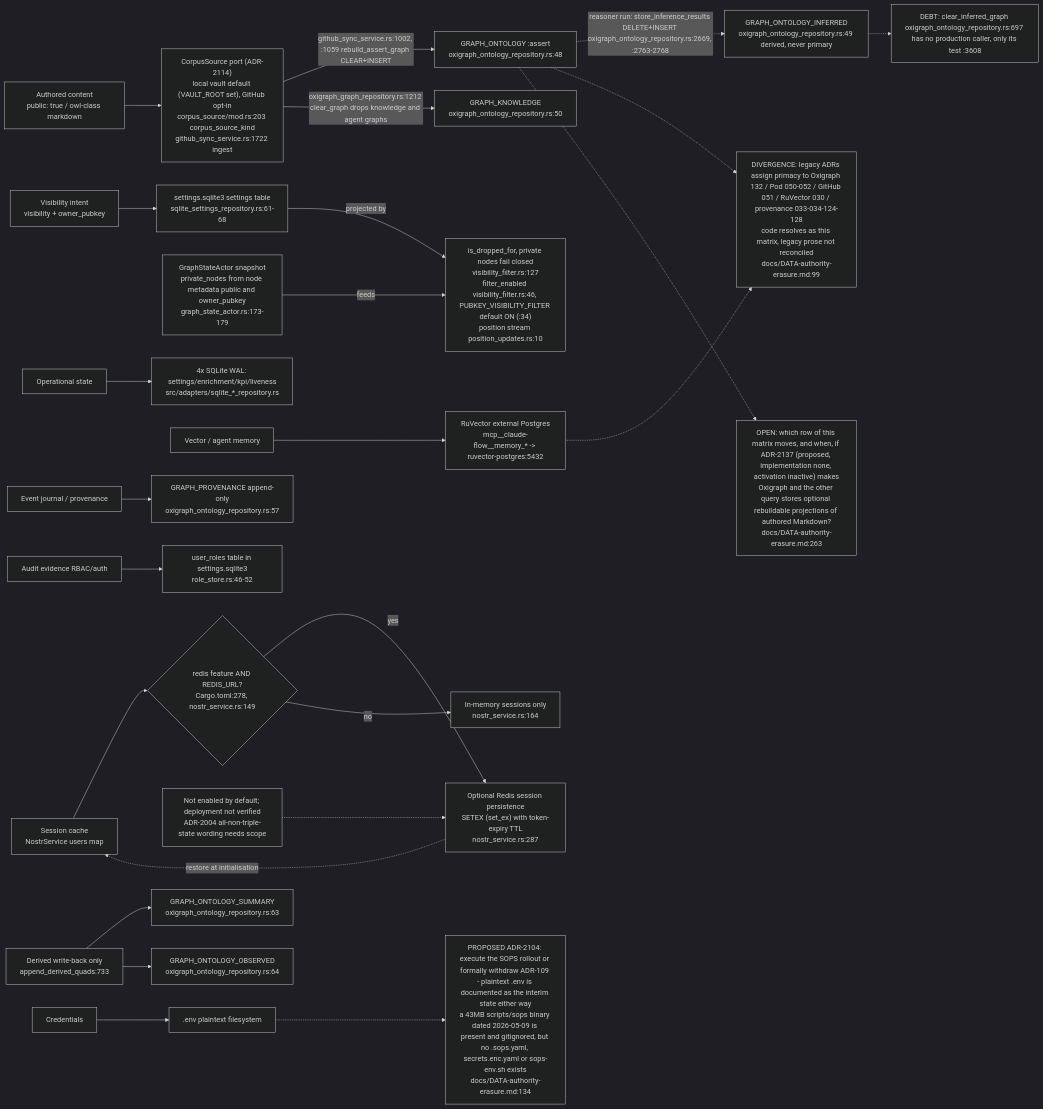
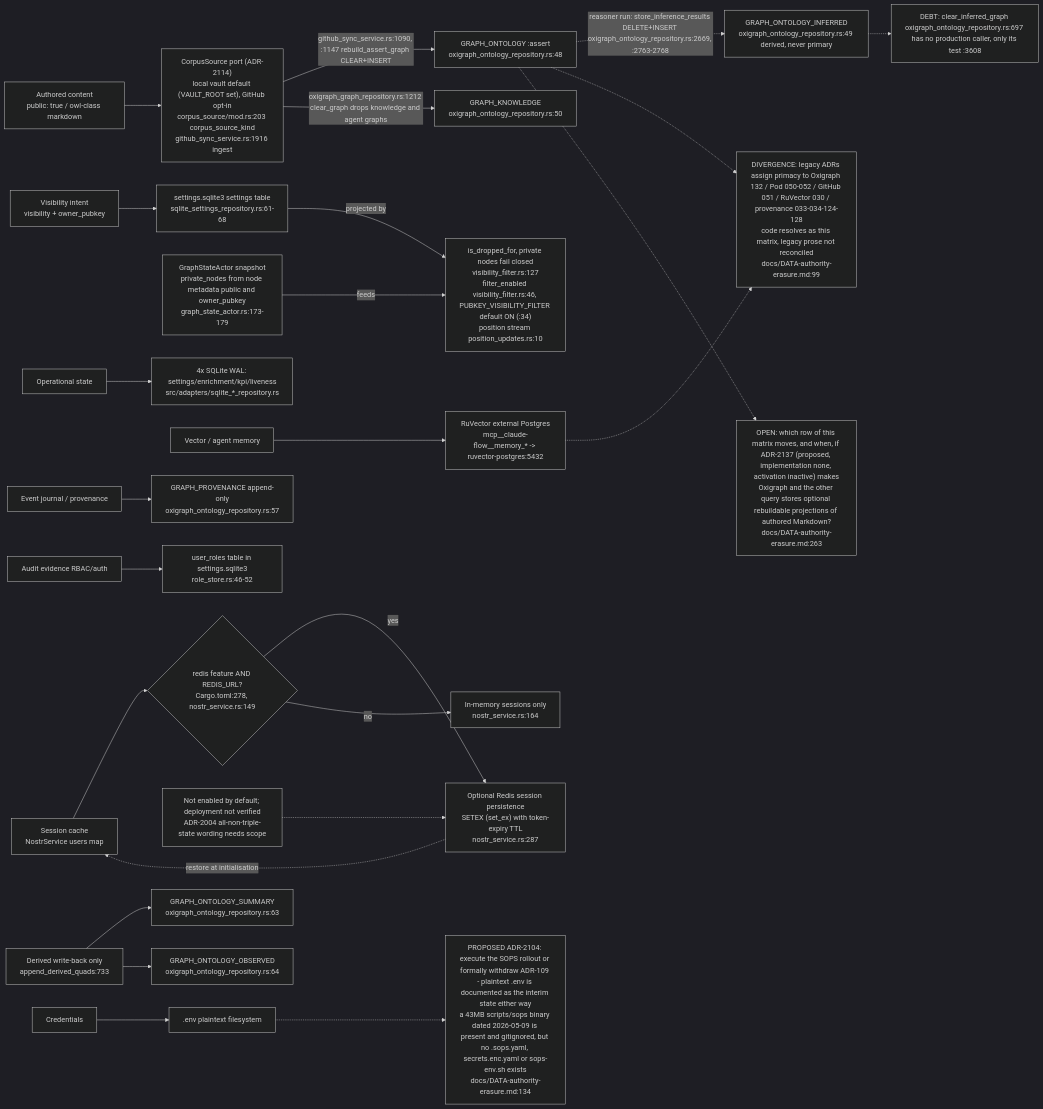
One commit to DreamLab-AI/VisionFlow changed the first of 14 diagrams in docs/diagrams/visionclaw/22-data-authority-provenance-erasure.md. Above: the diagram before and after it, drawn with Mermaid (dark theme). The commit also changed other lines of this file and 81 other files, not shown here.

First line of the commit message:
docs(diagrams): roll VisionClaw topics to main 010e1109b (PR 37 and 38 merged); fix remaining prose citations

````diff
--- a/docs/diagrams/visionclaw/22-data-authority-provenance-erasure.md
+++ b/docs/diagrams/visionclaw/22-data-authority-provenance-erasure.md
@@ -64,44 +64,44 @@
 ```mermaid
 flowchart LR
-    AuthContent["Authored content<br/>public: true / owl-class markdown"] --> CorpusSrc["CorpusSource port (ADR-2114)<br/>local vault default (VAULT_ROOT set), GitHub opt-in<br/>corpus_source/mod.rs:203 corpus_source_kind<br/>github_sync_service.rs:1722 ingest"]
-    CorpusSrc -->|"github_sync_service.rs:1002, :1059 rebuild_assert_graph CLEAR+INSERT"| AssertGraph["GRAPH_ONTOLOGY :assert<br/>oxigraph_ontology_repository.rs:48"]
+    AuthContent["Authored content<br/>public: true / owl-class markdown"] --> CorpusSrc["CorpusSource port (ADR-2114)<br/>local vault default (VAULT_ROOT set), GitHub opt-in<br/>corpus_source/mod.rs:203 corpus_source_kind<br/>github_sync_service.rs:1916 ingest"]
+    CorpusSrc -->|"github_sync_service.rs:1090, :1147 rebuild_assert_graph CLEAR+INSERT"| AssertGraph["GRAPH_ONTOLOGY :assert<br/>oxigraph_ontology_repository.rs:48"]
     CorpusSrc -->|"oxigraph_graph_repository.rs:1212 clear_graph drops knowledge and agent graphs"| KnowledgeGraph["GRAPH_KNOWLEDGE<br/>oxigraph_ontology_repository.rs:50"]
 
     VisIntent["Visibility intent<br/>visibility + owner_pubkey"] --> SettingsDB["settings.sqlite3 settings table<br/>sqlite_settings_repository.rs:61-68"]
     SettingsDB -->|"projected by"| VisFilter["is_dropped_for, private nodes fail closed<br/>visibility_filter.rs:127<br/>filter_enabled visibility_filter.rs:46, PUBKEY_VISIBILITY_FILTER default ON (:34)<br/>position stream position_updates.rs:10"]
     GraphActor["GraphStateActor snapshot<br/>private_nodes from node metadata public and owner_pubkey<br/>graph_state_actor.rs:173-179"] -->|"feeds"| VisFilter
 
     AssertGraph -.->|"reasoner run: store_inference_results DELETE+INSERT oxigraph_ontology_repository.rs:2669, :2763-2768"| InferredGraph["GRAPH_ONTOLOGY_INFERRED<br/>oxigraph_ontology_repository.rs:49 derived, never primary"]
 
     OpState["Operational state"] --> SqliteFour["4x SQLite WAL: settings/enrichment/kpi/liveness<br/>src/adapters/sqlite_*_repository.rs"]
 
     VectorMem["Vector / agent memory"] --> RuVector["RuVector external Postgres<br/>mcp__claude-flow__memory_* -> ruvector-postgres:5432"]
 
     EventJournal["Event journal / provenance"] --> ProvGraph["GRAPH_PROVENANCE append-only<br/>oxigraph_ontology_repository.rs:57"]
 
     AuditRBAC["Audit evidence RBAC/auth"] --> RoleTable["user_roles table in settings.sqlite3<br/>role_store.rs:46-52"]
 
     Sessions["Session cache<br/>NostrService users map"] --> RedisGate{"redis feature AND REDIS_URL?<br/>Cargo.toml:278, nostr_service.rs:149"}
     RedisGate -->|yes| Redis["Optional Redis session persistence<br/>SETEX (set_ex) with token-expiry TTL<br/>nostr_service.rs:287"]
     RedisGate -->|no| Memory["In-memory sessions only<br/>nostr_service.rs:164"]
     Redis -.->|"restore at initialisation"| Sessions
     RedisScope["Not enabled by default; deployment not verified<br/>ADR-2004 all-non-triple-state wording needs scope"] -.-> Redis
 
     Credentials["Credentials"] --> DotEnv[".env plaintext filesystem"]
 
     DerivedWB["Derived write-back only<br/>append_derived_quads:733"] --> SummaryGraph["GRAPH_ONTOLOGY_SUMMARY<br/>oxigraph_ontology_repository.rs:63"]
     DerivedWB --> ObservedGraph["GRAPH_ONTOLOGY_OBSERVED<br/>oxigraph_ontology_repository.rs:64"]
 
     DivLegacy["DIVERGENCE: legacy ADRs assign primacy to Oxigraph 132 / Pod 050-052 / GitHub 051 / RuVector 030 / provenance 033-034-124-128<br/>code resolves as this matrix, legacy prose not reconciled<br/>docs/DATA-authority-erasure.md:99"]
     AssertGraph -.-> DivLegacy
     RuVector -.-> DivLegacy
 
     DivCreds["PROPOSED ADR-2104: execute the SOPS rollout or formally withdraw ADR-109 - plaintext .env is documented as the interim state either way<br/>a 43MB scripts/sops binary dated 2026-05-09 is present and gitignored, but no .sops.yaml, secrets.enc.yaml or sops-env.sh exists<br/>docs/DATA-authority-erasure.md:134"]
     DotEnv -.-> DivCreds
 
     DebtClear["DEBT: clear_inferred_graph oxigraph_ontology_repository.rs:697 has no production caller, only its test :3608"]
     InferredGraph -.-> DebtClear
 
     DivWorkspace["OPEN: which row of this matrix moves, and when, if ADR-2137 (proposed, implementation none, activation inactive) makes<br/>Oxigraph and the other query stores optional rebuildable projections of authored Markdown?<br/>docs/DATA-authority-erasure.md:263"]
     AssertGraph -.-> DivWorkspace
 ```
````
